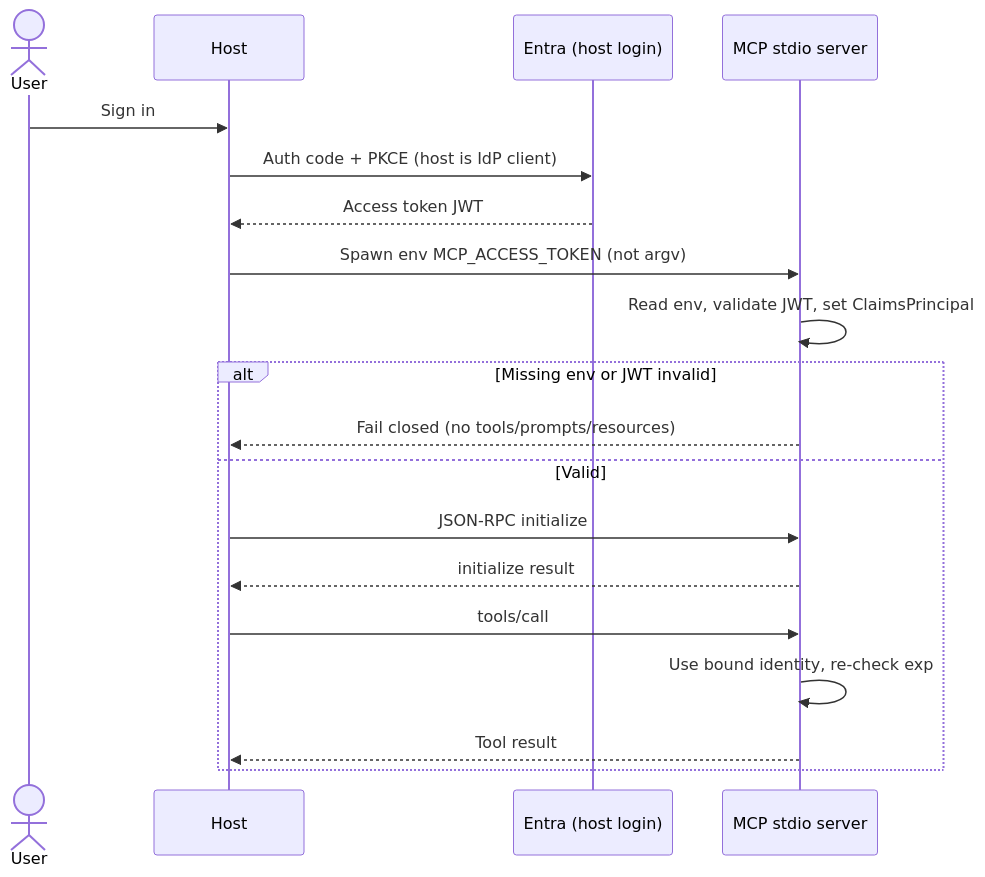
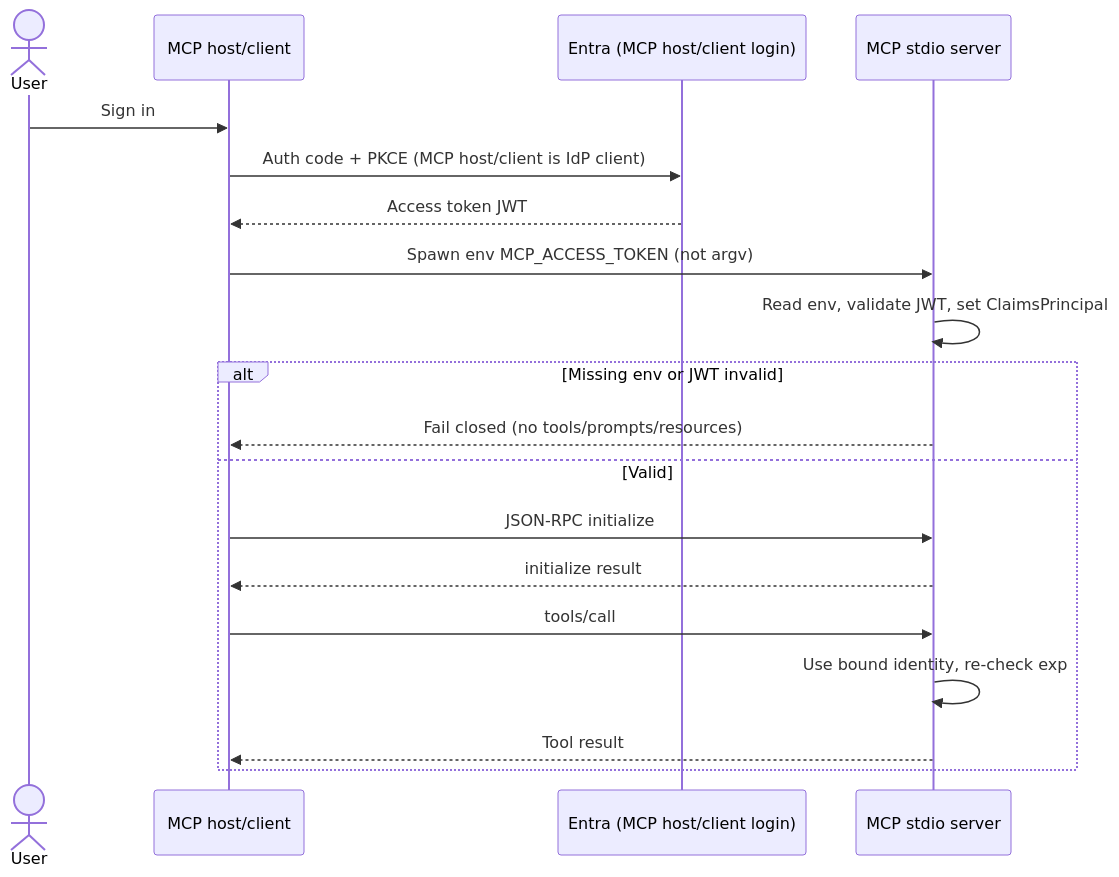
One commit to sheshisheri-hi/ai-security-ideas changed the second of 7 diagrams in research/adr/001-mcp-server-oauth-entra.md. Above: the diagram before and after it, drawn with Mermaid. The commit also changed other lines of this file and 1 other file, not shown here.

Commit message:
adr: 001 map security best practices to MCP server vs host/client

````diff
--- a/research/adr/001-mcp-server-oauth-entra.md
+++ b/research/adr/001-mcp-server-oauth-entra.md
@@ -152,22 +152,22 @@
 ```mermaid
 sequenceDiagram
     actor User
-    participant Host
-    participant Entra as Entra (host login)
+    participant Host as MCP host/client
+    participant Entra as Entra (MCP host/client login)
     participant Server as MCP stdio server
 
     User->>Host: Sign in
-    Host->>Entra: Auth code + PKCE (host is IdP client)
+    Host->>Entra: Auth code + PKCE (MCP host/client is IdP client)
     Entra-->>Host: Access token JWT
     Host->>Server: Spawn env MCP_ACCESS_TOKEN (not argv)
     Server->>Server: Read env, validate JWT, set ClaimsPrincipal
     alt Missing env or JWT invalid
         Server-->>Host: Fail closed (no tools/prompts/resources)
     else Valid
         Host->>Server: JSON-RPC initialize
         Server-->>Host: initialize result
         Host->>Server: tools/call
         Server->>Server: Use bound identity, re-check exp
         Server-->>Host: Tool result
     end
 ```
````
